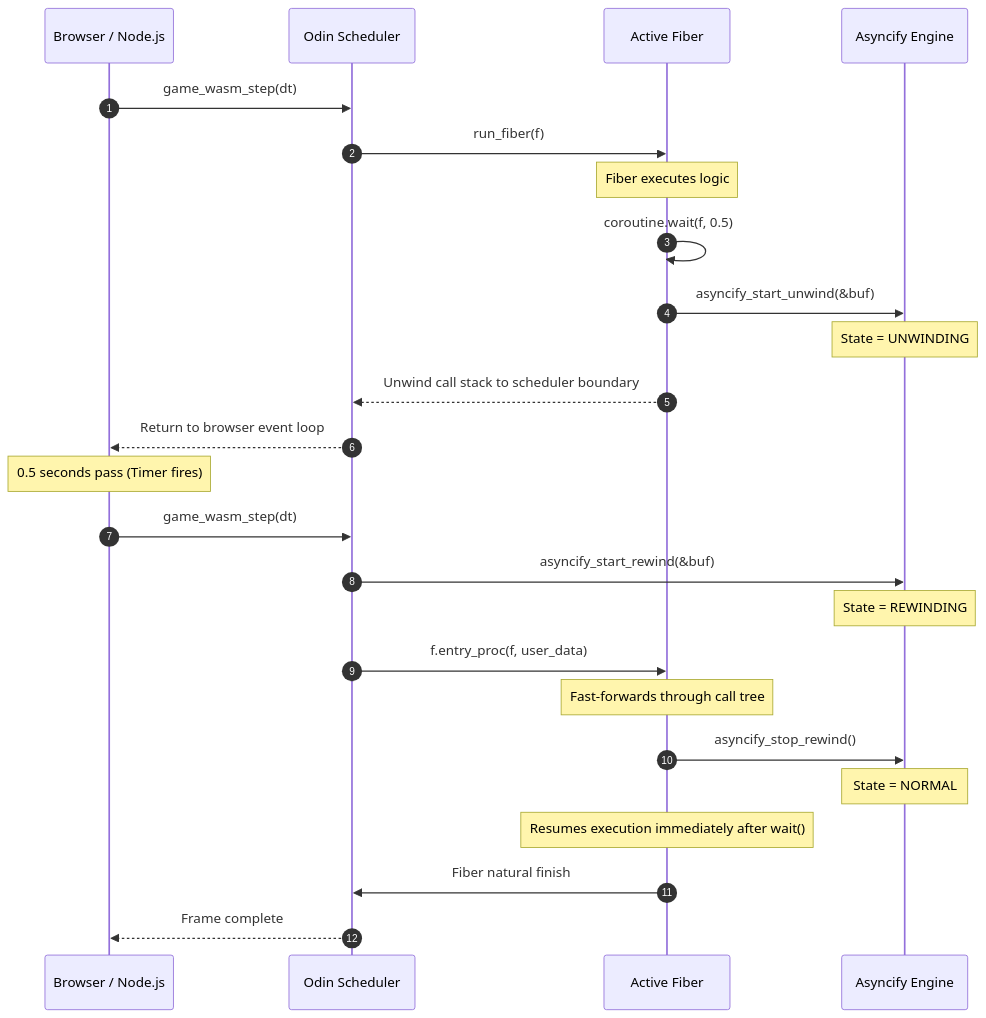
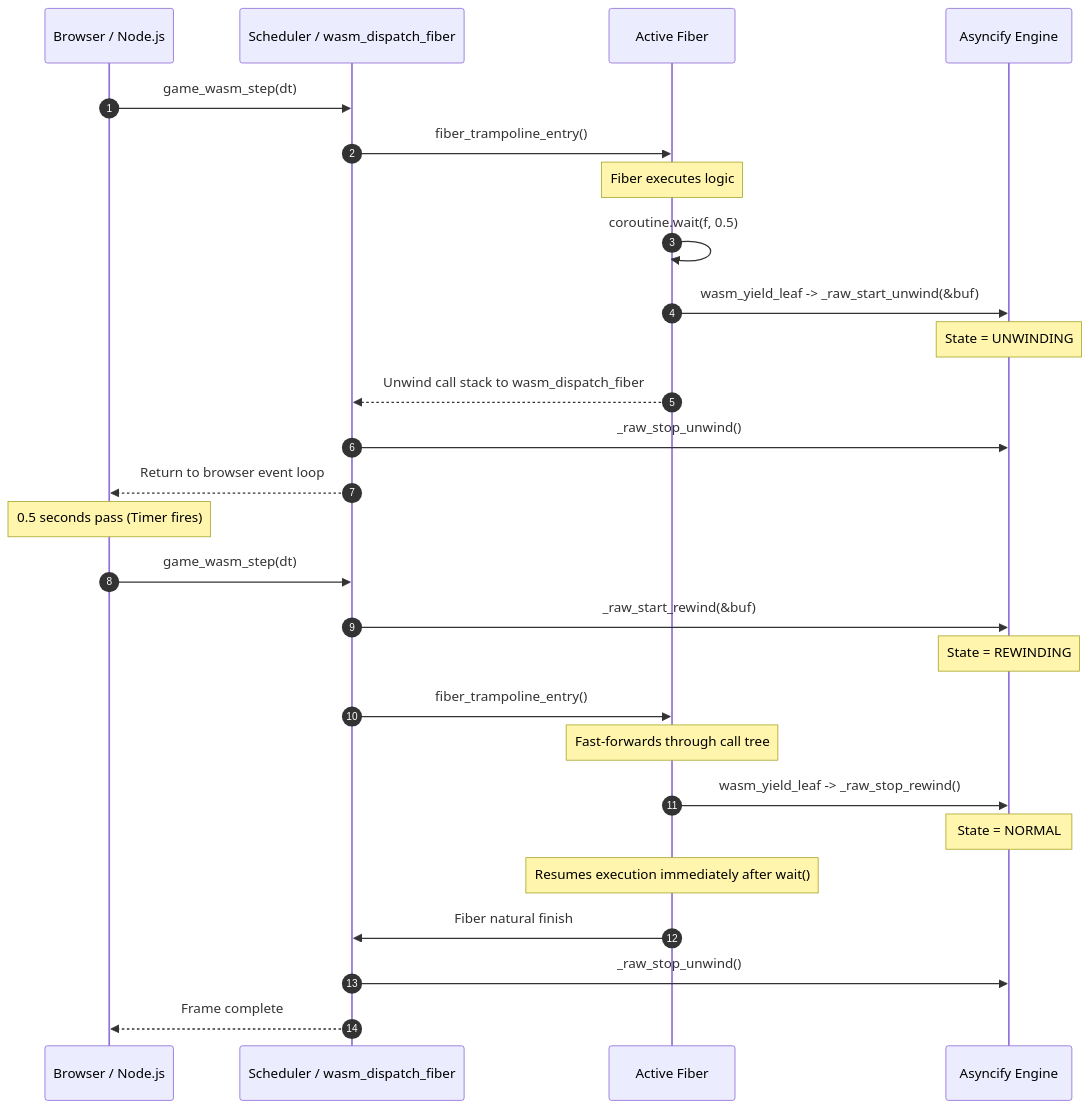
The diagram in docs/wasm/01_ARCHITECTURE_ASYNCIFY.md (Nebulavenus/coroutines-games-odin-asm), drawn with Mermaid before and after one commit. The commit also changed other lines of this file and 28 other files, not shown here.

````diff
--- a/docs/wasm/01_ARCHITECTURE_ASYNCIFY.md
+++ b/docs/wasm/01_ARCHITECTURE_ASYNCIFY.md
@@ -127,30 +145,32 @@
 ```mermaid
 sequenceDiagram
     autonumber
     participant Host as Browser / Node.js
-    participant Sched as Odin Scheduler
+    participant Sched as Scheduler / wasm_dispatch_fiber
     participant Fiber as Active Fiber
     participant Async as Asyncify Engine
 
     Host->>Sched: game_wasm_step(dt)
-    Sched->>Fiber: run_fiber(f)
+    Sched->>Fiber: fiber_trampoline_entry()
     Note over Fiber: Fiber executes logic
     Fiber->>Fiber: coroutine.wait(f, 0.5)
-    Fiber->>Async: asyncify_start_unwind(&buf)
+    Fiber->>Async: wasm_yield_leaf -> _raw_start_unwind(&buf)
     Note over Async: State = UNWINDING
-    Fiber-->>Sched: Unwind call stack to scheduler boundary
+    Fiber-->>Sched: Unwind call stack to wasm_dispatch_fiber
+    Sched->>Async: _raw_stop_unwind()
     Sched-->>Host: Return to browser event loop
 
     Note over Host: 0.5 seconds pass (Timer fires)
 
     Host->>Sched: game_wasm_step(dt)
-    Sched->>Async: asyncify_start_rewind(&buf)
+    Sched->>Async: _raw_start_rewind(&buf)
     Note over Async: State = REWINDING
-    Sched->>Fiber: f.entry_proc(f, user_data)
+    Sched->>Fiber: fiber_trampoline_entry()
     Note over Fiber: Fast-forwards through call tree
-    Fiber->>Async: asyncify_stop_rewind()
+    Fiber->>Async: wasm_yield_leaf -> _raw_stop_rewind()
     Note over Async: State = NORMAL
     Note over Fiber: Resumes execution immediately after wait()
     Fiber->>Sched: Fiber natural finish
+    Sched->>Async: _raw_stop_unwind()
     Sched-->>Host: Frame complete
 ```
````
